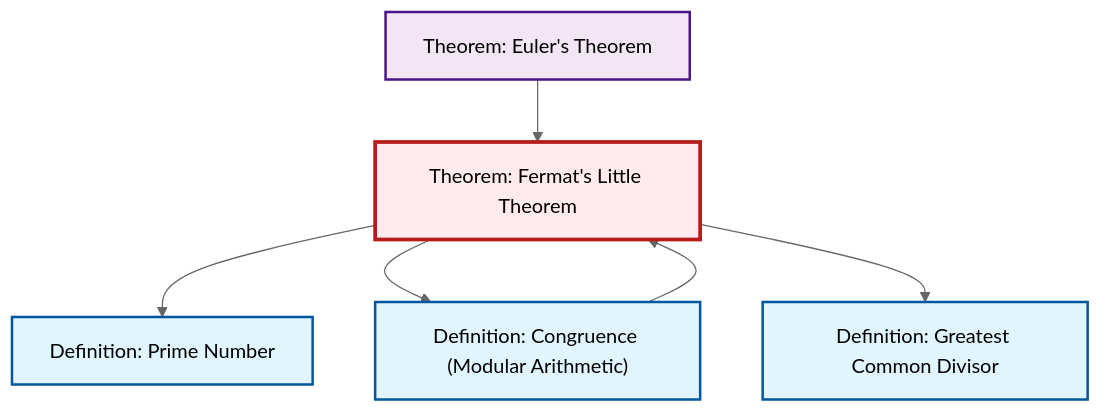
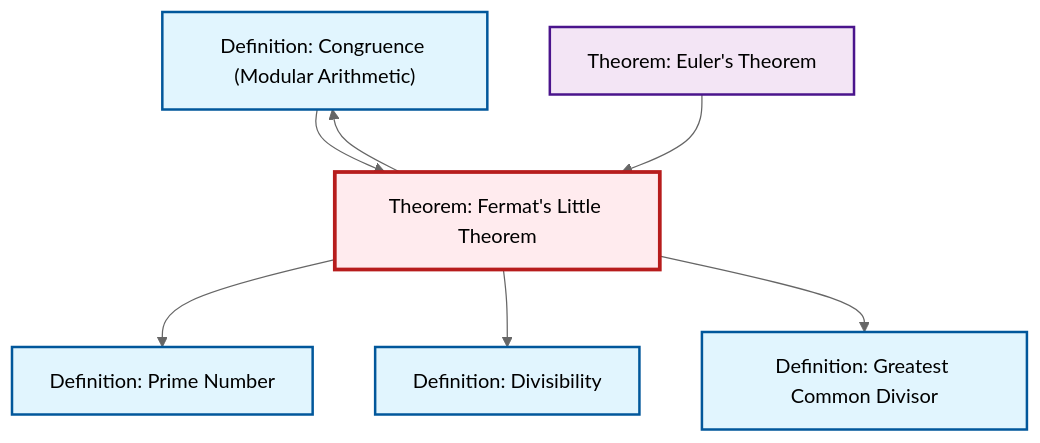
Before and after one commit to RK0429/ModernMath: the diagram in output/mermaid/thm-fermat-little.mermaid, drawn with Mermaid (neutral theme). The commit also changed 1458 other files, not shown here.

```diff
--- a/output/mermaid/thm-fermat-little.mermaid
+++ b/output/mermaid/thm-fermat-little.mermaid
@@ -1,18 +1,20 @@
 %%| fig-cap: "Local dependency graph"
 graph TD
     classDef definition fill:#e1f5fe,stroke:#01579b,stroke-width:2px
     classDef theorem fill:#f3e5f5,stroke:#4a148c,stroke-width:2px
     classDef axiom fill:#fff3e0,stroke:#e65100,stroke-width:2px
     classDef example fill:#e8f5e9,stroke:#1b5e20,stroke-width:2px
     classDef current fill:#ffebee,stroke:#b71c1c,stroke-width:3px
+    def-congruence["Definition: Congruence (Modular Arithmetic)"]:::definition
+    def-divisibility["Definition: Divisibility"]:::definition
+    def-gcd["Definition: Greatest Common Divisor"]:::definition
+    thm-euler["Theorem: Euler's Theorem"]:::theorem
+    def-prime["Definition: Prime Number"]:::definition
     thm-fermat-little["Theorem: Fermat's Little Theorem"]:::theorem
-    def-prime["Definition: Prime Number"]:::definition
-    thm-euler["Theorem: Euler's Theorem"]:::theorem
-    def-gcd["Definition: Greatest Common Divisor"]:::definition
-    def-congruence["Definition: Congruence (Modular Arithmetic)"]:::definition
-    thm-fermat-little --> def-prime
     thm-fermat-little --> def-congruence
     def-congruence --> thm-fermat-little
+    thm-fermat-little --> def-prime
+    thm-fermat-little --> def-divisibility
+    thm-euler --> thm-fermat-little
     thm-fermat-little --> def-gcd
-    thm-euler --> thm-fermat-little
     class thm-fermat-little current
```
